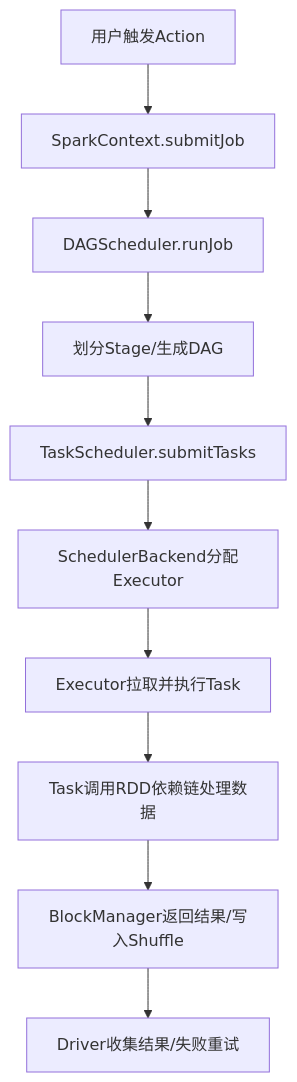
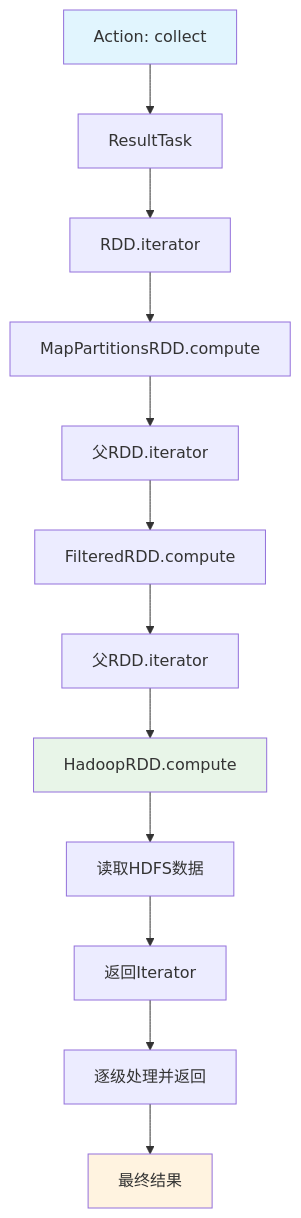
Before and after one commit to ralph-wren/TechStack-Handbook: diagram 23 of 24 in 12.spark.md, drawn with Mermaid. The commit also changed other lines of this file and 1 other file, not shown here.

First line of the commit message:
docs(12.spark.md): 扩充 Spark 知识文档，新增核心概念、架构设计、性能监控与调优内容

````diff
--- a/12.spark.md
+++ b/12.spark.md
@@ -3598,12 +3751,18 @@
 ```mermaid
 graph TD
-    A[用户触发Action] --> B[SparkContext.submitJob]
-    B --> C[DAGScheduler.runJob]
-    C --> D[划分Stage/生成DAG]
-    D --> E[TaskScheduler.submitTasks]
-    E --> F[SchedulerBackend分配Executor]
-    F --> G[Executor拉取并执行Task]
-    G --> H[Task调用RDD依赖链处理数据]
-    H --> I[BlockManager返回结果/写入Shuffle]
-    I --> J[Driver收集结果/失败重试]
+    A[Action: collect] --> B[ResultTask]
+    B --> C[RDD.iterator]
+    C --> D[MapPartitionsRDD.compute]
+    D --> E[父RDD.iterator]
+    E --> F[FilteredRDD.compute]
+    F --> G[父RDD.iterator]
+    G --> H[HadoopRDD.compute]
+    H --> I[读取HDFS数据]
+    I --> J[返回Iterator]
+    J --> K[逐级处理并返回]
+    K --> L[最终结果]
+    
+    style A fill:#e1f5fe
+    style H fill:#e8f5e8
+    style L fill:#fff3e0
 ```
````
